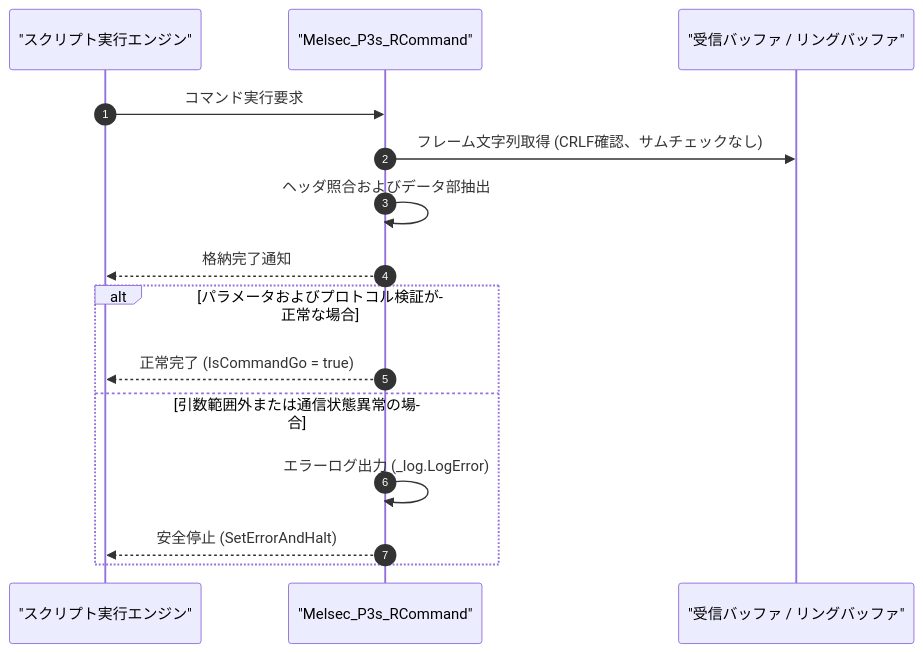
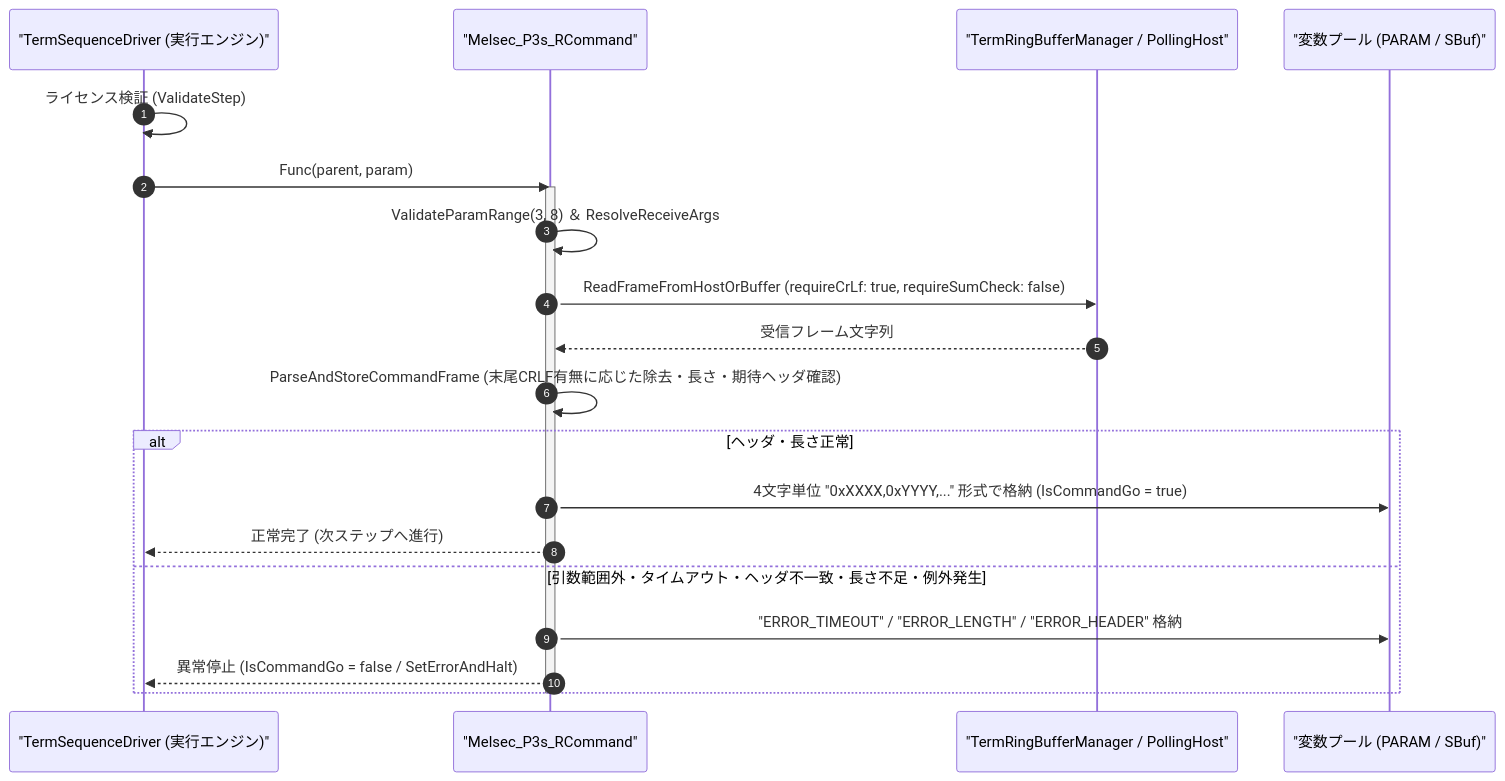
One commit to Monaca-App/TermAddIn changed the diagram in Manual/Melco/Melsec_P3s_R.Md. Above: the diagram before and after it, drawn with Mermaid. The commit also changed other lines of this file and 157 other files, not shown here.

````diff
--- a/Manual/Melco/Melsec_P3s_R.Md
+++ b/Manual/Melco/Melsec_P3s_R.Md
@@ -62,18 +75,24 @@
 ```mermaid
 sequenceDiagram
     autonumber
-    participant Script as "スクリプト実行エンジン"
+    participant Driver as "TermSequenceDriver (実行エンジン)"
     participant Cmd as "Melsec_P3s_RCommand"
-    participant Buffer as "受信バッファ / リングバッファ"
+    participant Buffer as "TermRingBufferManager / PollingHost"
+    participant Var as "変数プール (PARAM / SBuf)"
 
-    Script->>Cmd: コマンド実行要求
-    Cmd->>Buffer: フレーム文字列取得 (CRLF確認、サムチェックなし)
-    Cmd->>Cmd: ヘッダ照合およびデータ部抽出
-    Cmd-->>Script: 格納完了通知
-    alt パラメータおよびプロトコル検証が正常な場合
-        Cmd-->>Script: 正常完了 (IsCommandGo = true)
-    else 引数範囲外または通信状態異常の場合
-        Cmd->>Cmd: エラーログ出力 (_log.LogError)
-        Cmd-->>Script: 安全停止 (SetErrorAndHalt)
+    Driver->>Driver: ライセンス検証 (ValidateStep)
+    Driver->>Cmd: Func(parent, param)
+    activate Cmd
+    Cmd->>Cmd: ValidateParamRange(3, 8) ＆ ResolveReceiveArgs
+    Cmd->>Buffer: ReadFrameFromHostOrBuffer (requireCrLf: true, requireSumCheck: false)
+    Buffer-->>Cmd: 受信フレーム文字列
+    Cmd->>Cmd: ParseAndStoreCommandFrame (末尾CRLF有無に応じた除去・長さ・期待ヘッダ確認)
+    alt ヘッダ・長さ正常
+        Cmd->>Var: 4文字単位 "0xXXXX,0xYYYY,..." 形式で格納 (IsCommandGo = true)
+        Cmd-->>Driver: 正常完了 (次ステップへ進行)
+    else 引数範囲外・タイムアウト・ヘッダ不一致・長さ不足・例外発生
+        Cmd->>Var: "ERROR_TIMEOUT" / "ERROR_LENGTH" / "ERROR_HEADER" 格納
+        Cmd-->>Driver: 異常停止 (IsCommandGo = false / SetErrorAndHalt)
     end
+    deactivate Cmd
 ```
````
